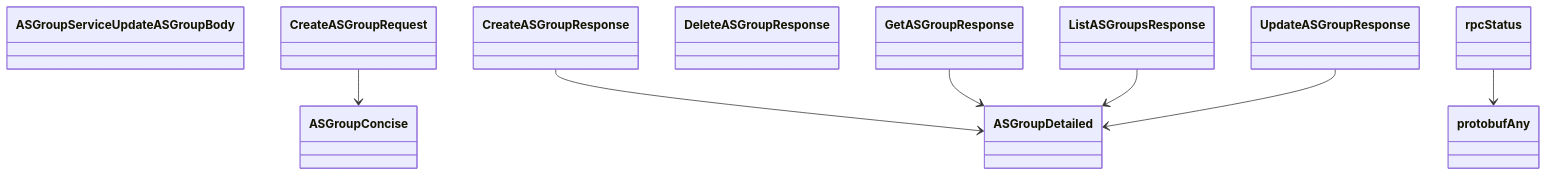
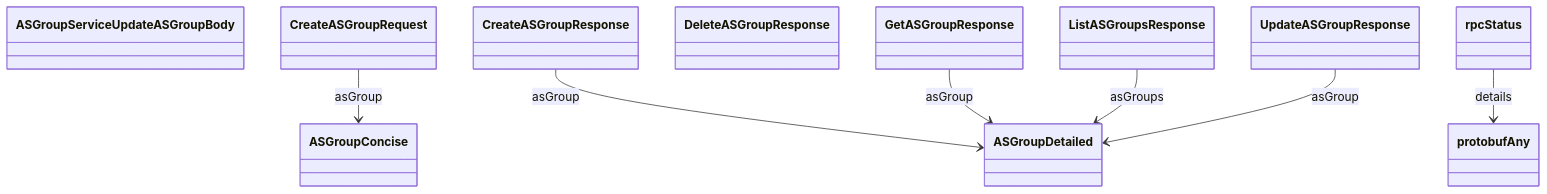
Diagram 12 of 12 in docs/sphinx/services/as_group.md (alexdearaujo/community_sdk_python), drawn with Mermaid before and after one commit. The commit also changed other lines of this file and 129 other files, not shown here.

````diff
--- a/docs/sphinx/services/as_group.md
+++ b/docs/sphinx/services/as_group.md
@@ -409,20 +430,20 @@
 ```mermaid
 classDiagram
     class ASGroupConcise
     class ASGroupDetailed
     class ASGroupServiceUpdateASGroupBody
     class CreateASGroupRequest
     class CreateASGroupResponse
     class DeleteASGroupResponse
     class GetASGroupResponse
     class ListASGroupsResponse
     class UpdateASGroupResponse
     class protobufAny
     class rpcStatus
-    CreateASGroupRequest --> ASGroupConcise
-    CreateASGroupResponse --> ASGroupDetailed
-    GetASGroupResponse --> ASGroupDetailed
-    ListASGroupsResponse --> ASGroupDetailed
-    UpdateASGroupResponse --> ASGroupDetailed
-    rpcStatus --> protobufAny
+    CreateASGroupRequest --> ASGroupConcise : asGroup
+    CreateASGroupResponse --> ASGroupDetailed : asGroup
+    GetASGroupResponse --> ASGroupDetailed : asGroup
+    ListASGroupsResponse --> ASGroupDetailed : asGroups
+    UpdateASGroupResponse --> ASGroupDetailed : asGroup
+    rpcStatus --> protobufAny : details
 ```
````
